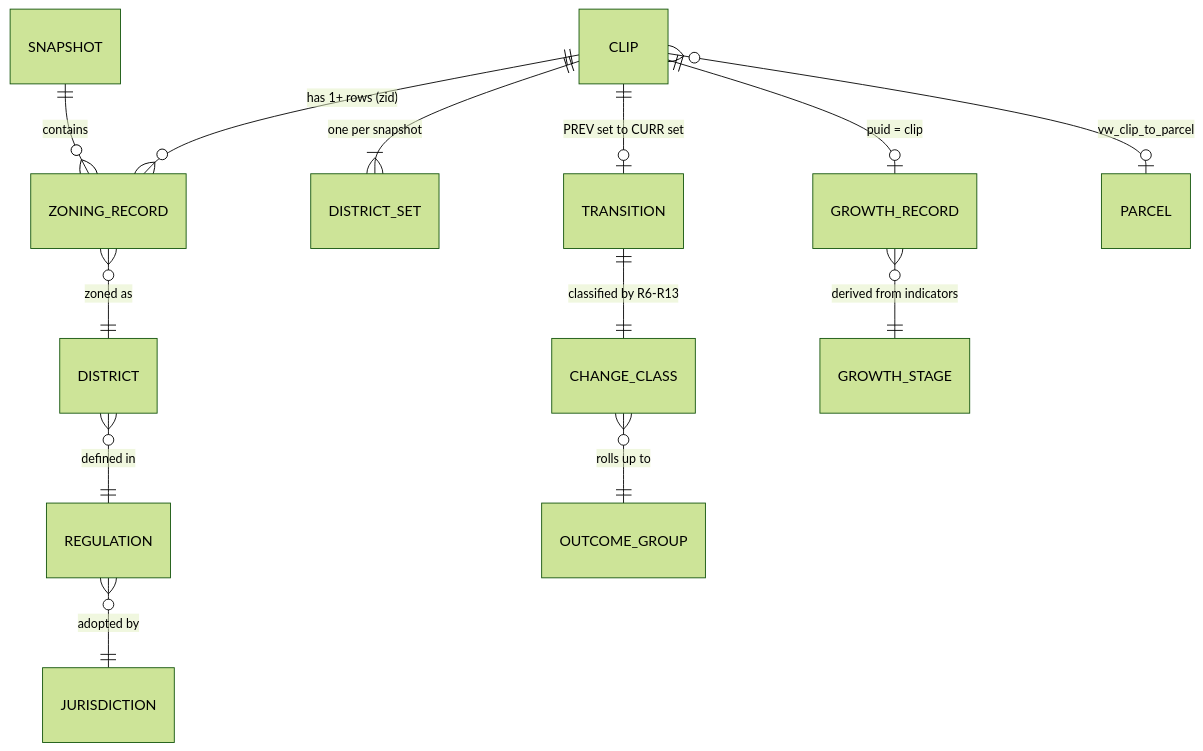
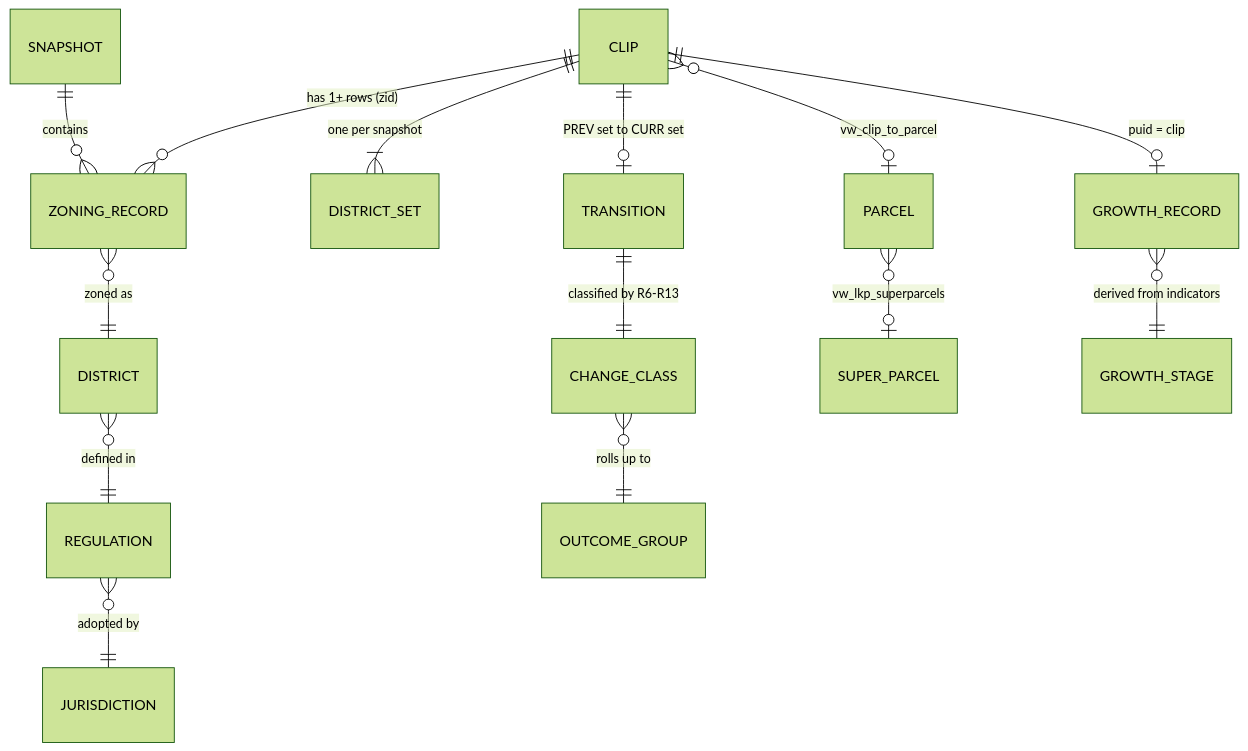
Before and after one commit to eprashar-clgx/growth-intel-V2: the diagram in docs/glossary.md, drawn with Mermaid (forest theme). The commit also changed other lines of this file and 3 other files, not shown here.

First line of the commit message:
Add super parcel indicator to MVP output (#23)

````diff
--- a/docs/glossary.md
+++ b/docs/glossary.md
@@ -13,15 +13,16 @@
 ```mermaid
 erDiagram
   SNAPSHOT ||--o{ ZONING_RECORD : contains
   CLIP ||--o{ ZONING_RECORD : "has 1+ rows (zid)"
   ZONING_RECORD }o--|| DISTRICT : "zoned as"
   DISTRICT }o--|| REGULATION : "defined in"
   REGULATION }o--|| JURISDICTION : "adopted by"
   CLIP ||--|{ DISTRICT_SET : "one per snapshot"
   CLIP ||--o| TRANSITION : "PREV set to CURR set"
   TRANSITION ||--|| CHANGE_CLASS : "classified by R6-R13"
   CHANGE_CLASS }o--|| OUTCOME_GROUP : "rolls up to"
   CLIP ||--o| GROWTH_RECORD : "puid = clip"
   CLIP }o--o| PARCEL : "vw_clip_to_parcel"
+  PARCEL }o--o| SUPER_PARCEL : "vw_lkp_superparcels"
   GROWTH_RECORD }o--|| GROWTH_STAGE : "derived from indicators"
 ```
````
